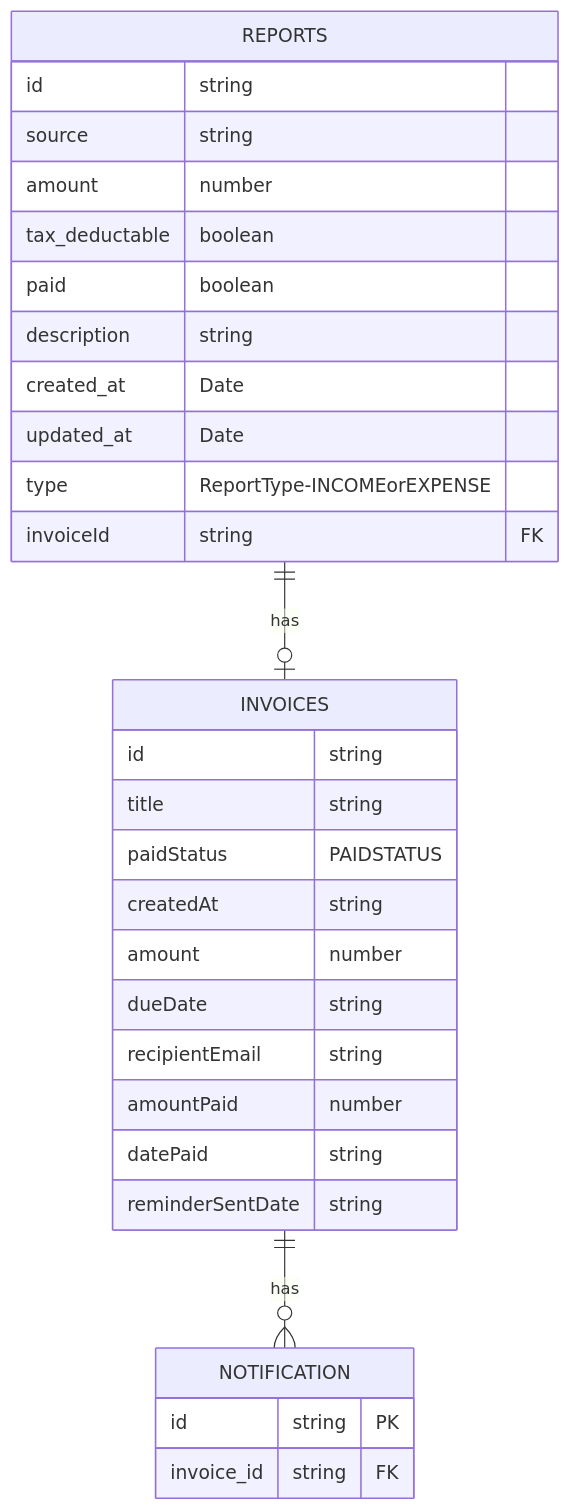
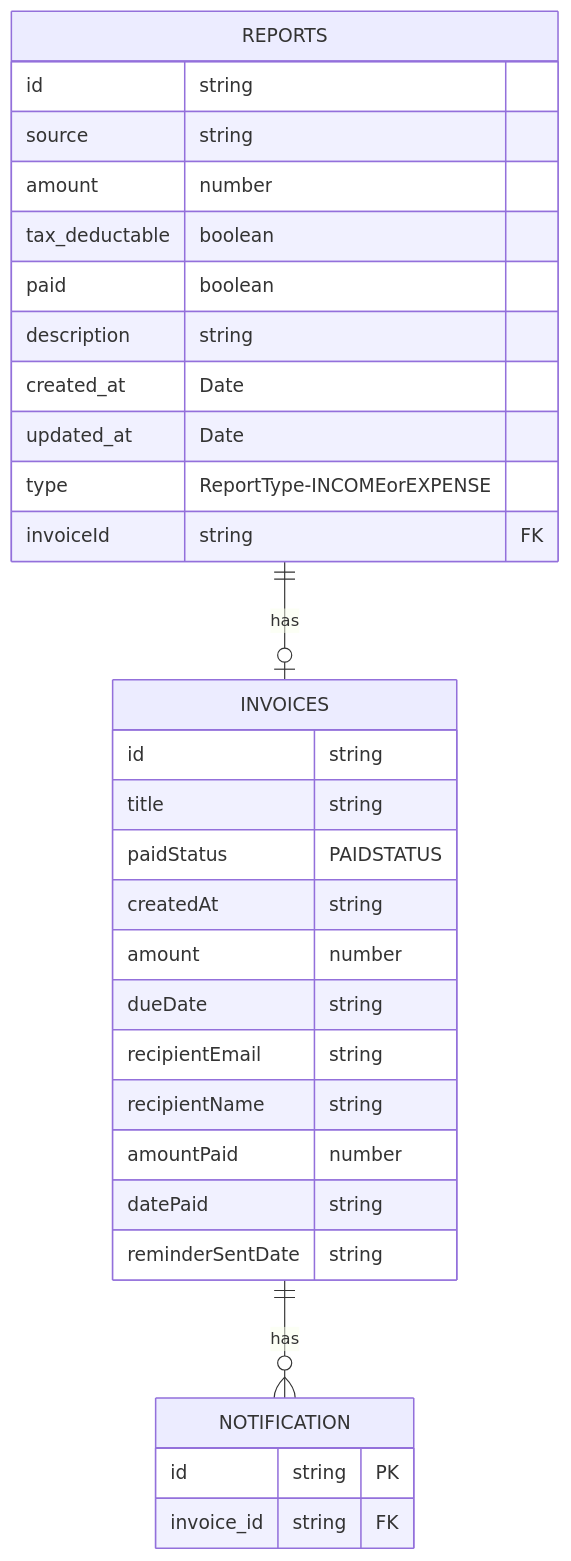
One commit to garaxer/serverless-invoicing changed the first of 4 diagrams in invoice-service/README.md. Above: the diagram before and after it, drawn with Mermaid. The commit also changed other lines of this file and 13 other files, not shown here.

````diff
--- a/invoice-service/README.md
+++ b/invoice-service/README.md
@@ -134,33 +134,34 @@
 ```mermaid
 erDiagram
     REPORTS ||--o| INVOICES : has
     REPORTS {
         id string
         source string
         amount number
         tax_deductable boolean
         paid boolean
         description string
         created_at Date
         updated_at Date
         type ReportType-INCOMEorEXPENSE
         invoiceId string FK
     }
     INVOICES ||--o{ NOTIFICATION : has
     INVOICES {
         id string
         title string
         paidStatus PAIDSTATUS
         createdAt string
         amount number
         dueDate string
         recipientEmail string
+        recipientName string
         amountPaid number
         datePaid string
         reminderSentDate string
     }
     NOTIFICATION {
         id string PK
         invoice_id string FK
     }
 ```
````
